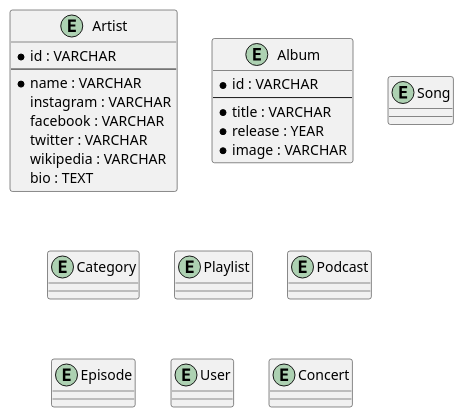
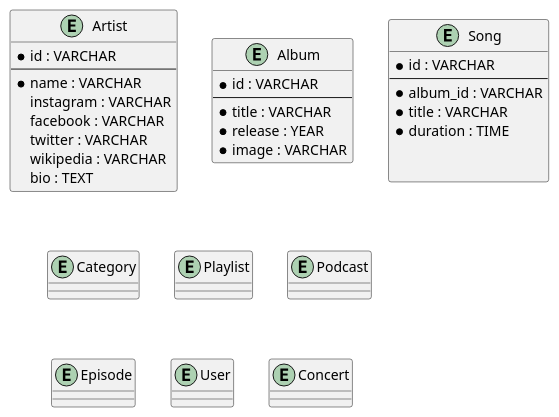
The diagram in spotify.puml (hanifiamdev/plantUML), drawn with PlantUML before and after one commit.

Commit message:
Menentukan Attribute Entity Song

```diff
--- a/spotify.puml
+++ b/spotify.puml
@@ -1,50 +1,56 @@
 @startuml
 entity Artist {
     * id : VARCHAR
     --
     * name : VARCHAR
     instagram : VARCHAR
     facebook : VARCHAR
     twitter : VARCHAR
     wikipedia : VARCHAR
     bio : TEXT
 }
 
 entity Album {
-    *id : VARCHAR
+    * id : VARCHAR
     --
-    *title : VARCHAR
-    *release : YEAR
-    *image : VARCHAR
+    * title : VARCHAR
+    * release : YEAR
+    * image : VARCHAR
 }
 
 entity Song {
+    * id : VARCHAR
+    --
+    * album_id : VARCHAR
+    * title : VARCHAR
+    * duration : TIME
+
 
 }
 
 entity Category {
 
 }
 
 entity Playlist {
 
 }
 
 entity Podcast {
 
 }
 
 entity Episode {
 
 }
 
 entity User {
 
 }
 
 entity Concert {
 
 }
 
 
 @enduml
```
